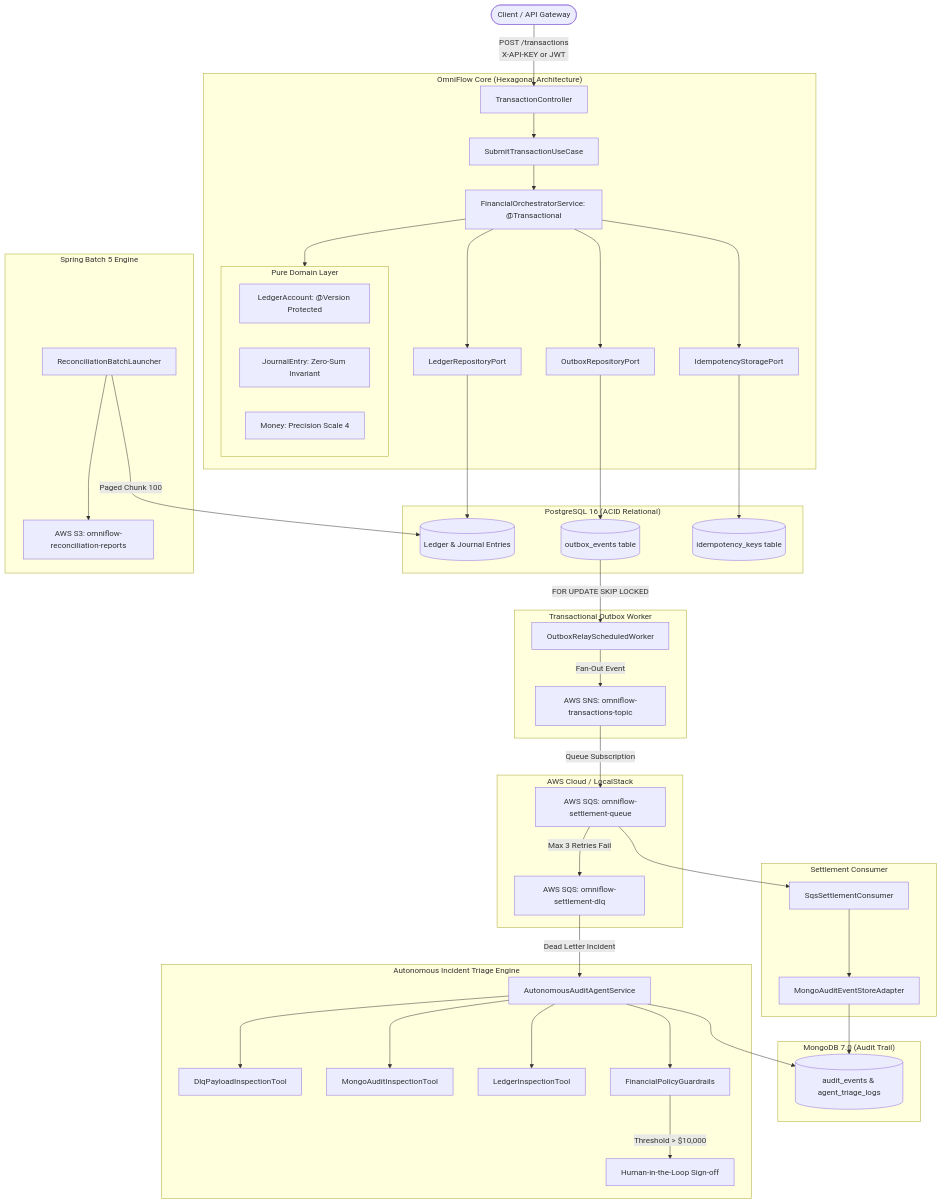
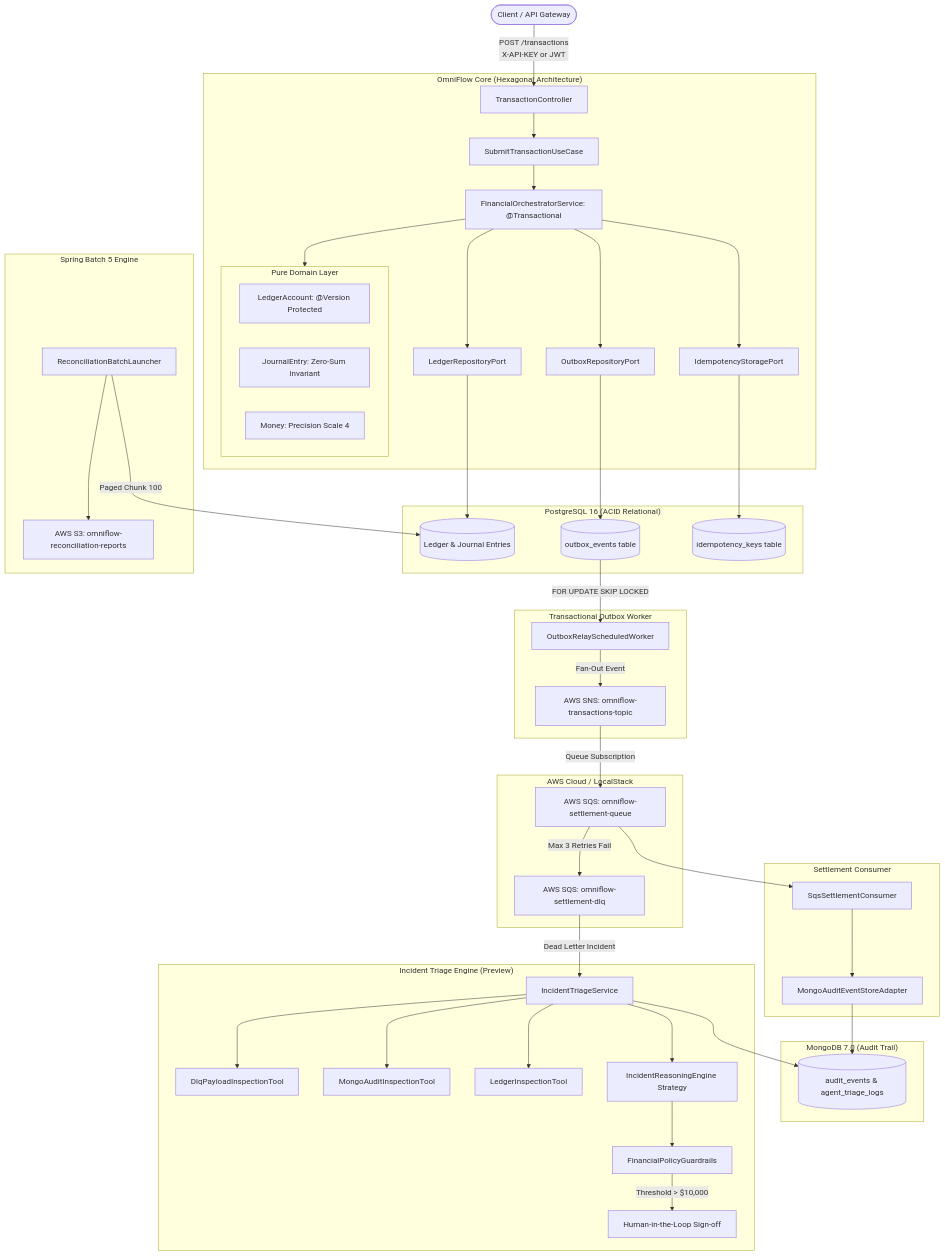
The diagram in README.md (MickaelGeronimo/omniflow), drawn with Mermaid before and after one commit. The commit also changed other lines of this file and 8 other files, not shown here.

Commit message:
refactor(ai): align terminology to IncidentTriageService, AI Preview, and Java 17 LTS

````diff
--- a/README.md
+++ b/README.md
@@ -30,60 +30,61 @@
 ```mermaid
 flowchart TD
     Client([Client / API Gateway]) -->|POST /transactions<br>X-API-KEY or JWT| WebAdapter[TransactionController]
 
     subgraph Core ["OmniFlow Core (Hexagonal Architecture)"]
         WebAdapter --> InPort[SubmitTransactionUseCase]
         InPort --> Orchestrator[FinancialOrchestratorService: @Transactional]
 
         subgraph Domain ["Pure Domain Layer"]
             LedgerAccount[LedgerAccount: @Version Protected]
             JournalEntry[JournalEntry: Zero-Sum Invariant]
             Money[Money: Precision Scale 4]
         end
 
         Orchestrator --> Domain
         Orchestrator --> OutboxPort[OutboxRepositoryPort]
         Orchestrator --> LedgerPort[LedgerRepositoryPort]
         Orchestrator --> IdempPort[IdempotencyStoragePort]
     end
 
     subgraph PostgreSQL ["PostgreSQL 16 (ACID Relational)"]
         LedgerPort --> PG_Ledger[(Ledger & Journal Entries)]
         OutboxPort --> PG_Outbox[(outbox_events table)]
         IdempPort --> PG_Idemp[(idempotency_keys table)]
     end
 
     subgraph OutboxWorker ["Transactional Outbox Worker"]
         PG_Outbox -->|FOR UPDATE SKIP LOCKED| OutboxRelay[OutboxRelayScheduledWorker]
         OutboxRelay -->|Fan-Out Event| SNS[AWS SNS: omniflow-transactions-topic]
     end
 
     subgraph AWS ["AWS Cloud / LocalStack"]
         SNS -->|Queue Subscription| SQS[AWS SQS: omniflow-settlement-queue]
         SQS -->|Max 3 Retries Fail| DLQ[AWS SQS: omniflow-settlement-dlq]
     end
 
     subgraph Consumer ["Settlement Consumer"]
         SQS --> SqsListener[SqsSettlementConsumer]
         SqsListener --> MongoStore[MongoAuditEventStoreAdapter]
     end
 
     subgraph MongoDB ["MongoDB 7.0 (Audit Trail)"]
         MongoStore --> MongoDocs[(audit_events & agent_triage_logs)]
     end
 
-    subgraph AIAgent ["Autonomous Incident Triage Engine"]
-        DLQ -->|Dead Letter Incident| AgentService[AutonomousAuditAgentService]
-        AgentService --> Tool1[DlqPayloadInspectionTool]
-        AgentService --> Tool2[MongoAuditInspectionTool]
-        AgentService --> Tool3[LedgerInspectionTool]
-        AgentService --> Guardrail[FinancialPolicyGuardrails]
+    subgraph AIAgent ["Incident Triage Engine (Preview)"]
+        DLQ -->|Dead Letter Incident| TriageService[IncidentTriageService]
+        TriageService --> Tool1[DlqPayloadInspectionTool]
+        TriageService --> Tool2[MongoAuditInspectionTool]
+        TriageService --> Tool3[LedgerInspectionTool]
+        TriageService --> Reasoning[IncidentReasoningEngine Strategy]
+        Reasoning --> Guardrail[FinancialPolicyGuardrails]
         Guardrail -->|Threshold > $10,000| HITL[Human-in-the-Loop Sign-off]
-        AgentService --> MongoDocs
+        TriageService --> MongoDocs
     end
 
     subgraph Batch ["Spring Batch 5 Engine"]
         BatchLauncher[ReconciliationBatchLauncher] -->|Paged Chunk 100| PG_Ledger
         BatchLauncher --> S3[AWS S3: omniflow-reconciliation-reports]
     end
 ```
````
